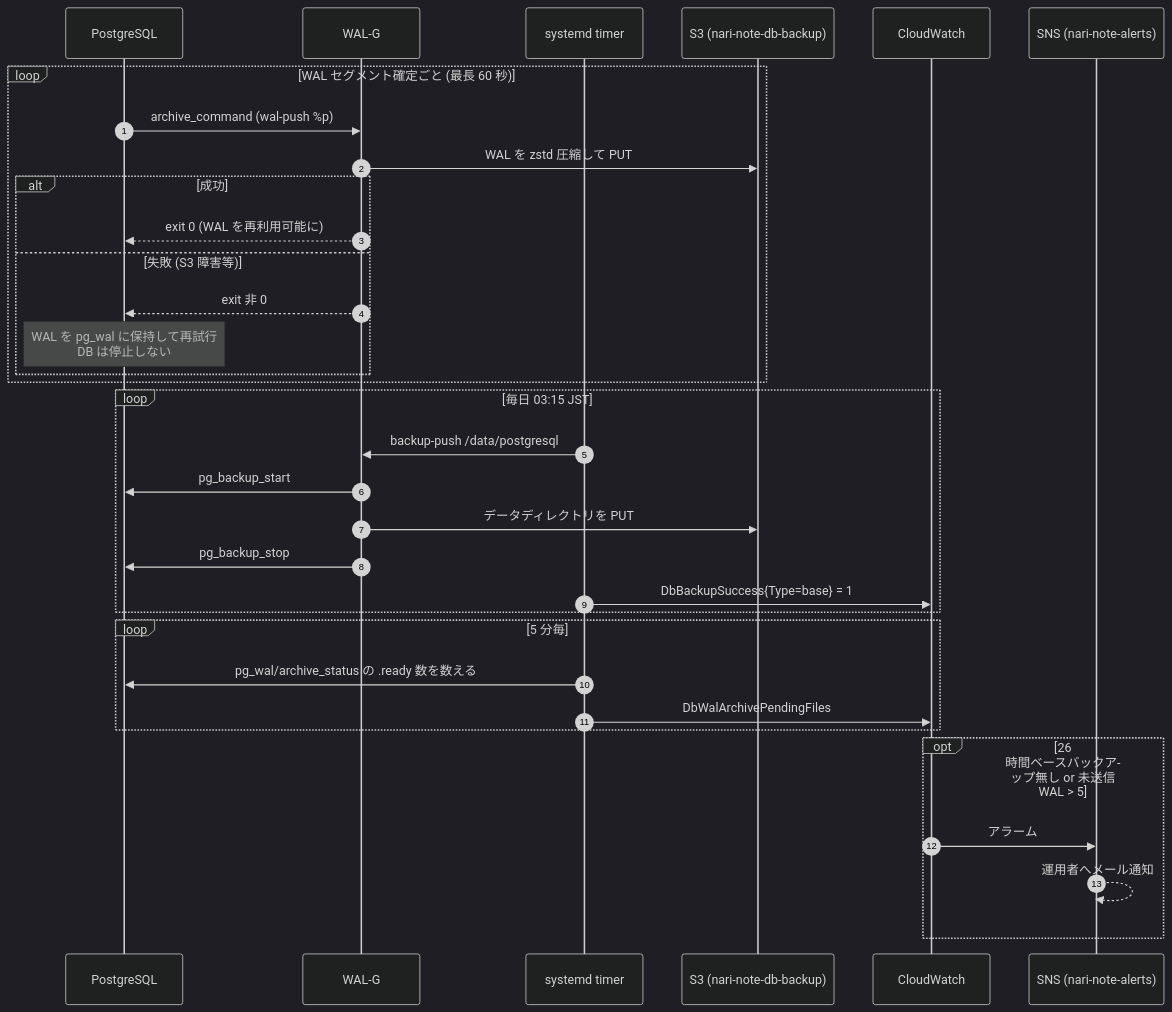
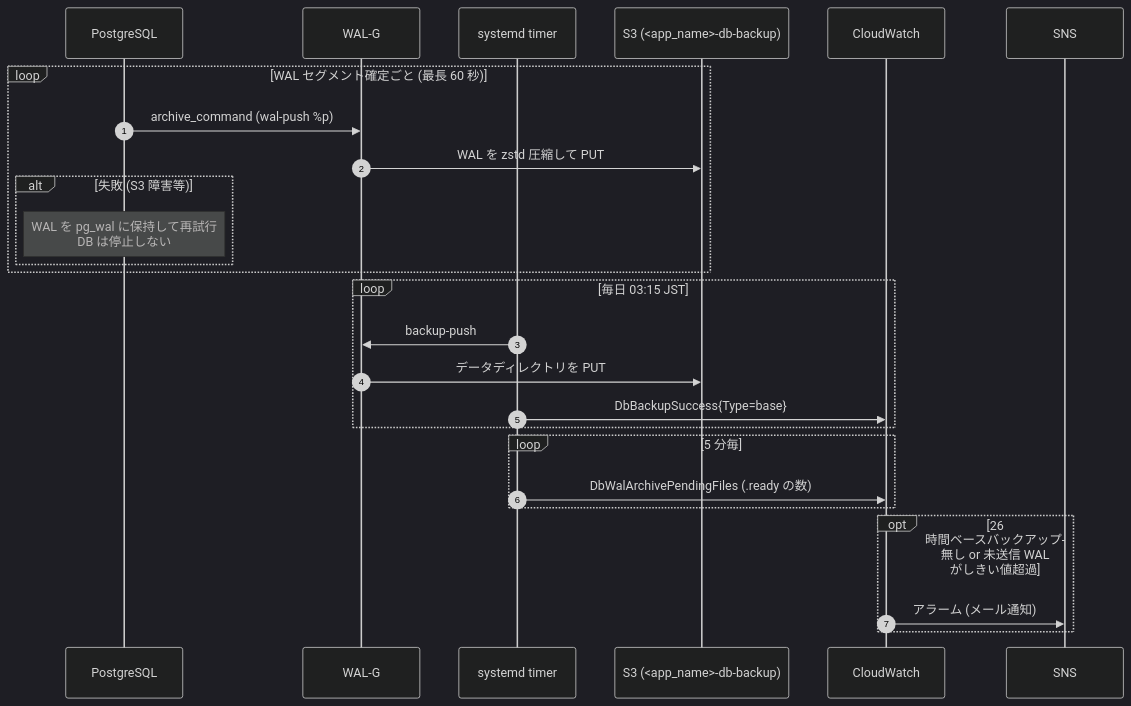
One commit to doguto/nari-note changed the first of 3 diagrams in infrastruture/docs/db-backup-recovery.md. Above: the diagram before and after it, drawn with Mermaid (dark theme). The commit also changed other lines of this file and 58 other files, not shown here.

````diff
--- a/infrastruture/docs/db-backup-recovery.md
+++ b/infrastruture/docs/db-backup-recovery.md
@@ -29,39 +29,32 @@
 ```mermaid
 sequenceDiagram
     autonumber
     participant PG as PostgreSQL
     participant WG as WAL-G
     participant TM as systemd timer
-    participant S3 as S3 (nari-note-db-backup)
+    participant S3 as S3 (<app_name>-db-backup)
     participant CW as CloudWatch
-    participant SNS as SNS (nari-note-alerts)
+    participant SNS as SNS
 
     loop WAL セグメント確定ごと (最長 60 秒)
         PG->>WG: archive_command (wal-push %p)
         WG->>S3: WAL を zstd 圧縮して PUT
-        alt 成功
-            WG-->>PG: exit 0 (WAL を再利用可能に)
-        else 失敗 (S3 障害等)
-            WG-->>PG: exit 非 0
+        alt 失敗 (S3 障害等)
             Note over PG: WAL を pg_wal に保持して再試行<br/>DB は停止しない
         end
     end
 
     loop 毎日 03:15 JST
-        TM->>WG: backup-push /data/postgresql
-        WG->>PG: pg_backup_start
+        TM->>WG: backup-push
         WG->>S3: データディレクトリを PUT
-        WG->>PG: pg_backup_stop
-        TM->>CW: DbBackupSuccess{Type=base} = 1
+        TM->>CW: DbBackupSuccess{Type=base}
     end
 
     loop 5 分毎
-        TM->>PG: pg_wal/archive_status の .ready 数を数える
-        TM->>CW: DbWalArchivePendingFiles
+        TM->>CW: DbWalArchivePendingFiles (.ready の数)
     end
 
-    opt 26 時間ベースバックアップ無し or 未送信 WAL > 5
-        CW->>SNS: アラーム
-        SNS-->>SNS: 運用者へメール通知
+    opt 26 時間ベースバックアップ無し or 未送信 WAL がしきい値超過
+        CW->>SNS: アラーム (メール通知)
     end
 ```
````
